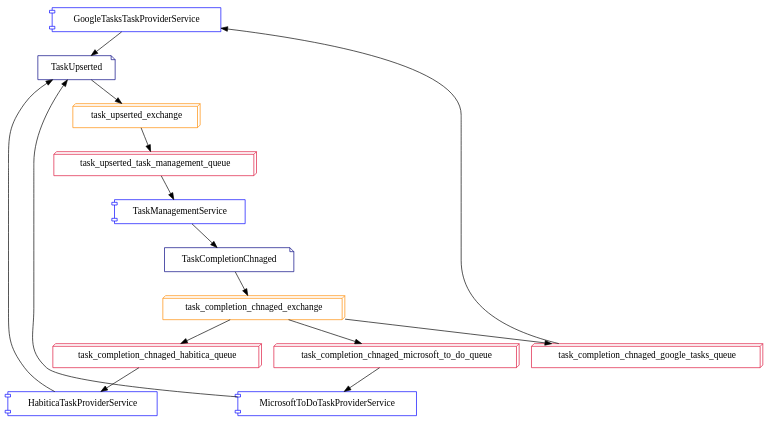
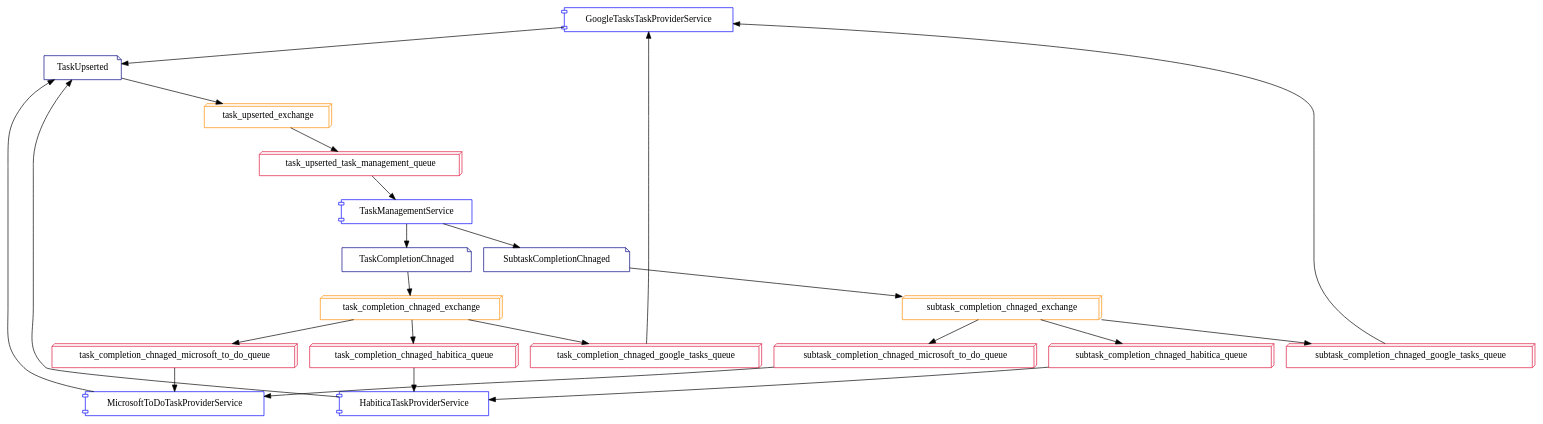
The diagram in flow.gv (lionize/Messaging), drawn with Graphviz before and after one commit.

```diff
--- a/flow.gv
+++ b/flow.gv
@@ -1,29 +1,48 @@
 digraph {
     GoogleTasksTaskProviderService [shape=component, color=blue]
     MicrosoftToDoTaskProviderService [shape=component, color=blue]
     HabiticaTaskProviderService [shape=component, color=blue]
     TaskManagementService [shape=component, color=blue]
+
     TaskUpserted [shape=note, color=navy]
     TaskCompletionChnaged [shape=note, color=navy]
+    SubtaskCompletionChnaged [shape=note, color=navy]
+
     task_upserted_exchange [shape=box3d, color=darkorange]
     task_completion_chnaged_exchange [shape=box3d, color=darkorange]
+    subtask_completion_chnaged_exchange [shape=box3d, color=darkorange]
+
     task_upserted_task_management_queue [shape=box3d, color=crimson]
     task_completion_chnaged_habitica_queue [shape=box3d, color=crimson]
     task_completion_chnaged_microsoft_to_do_queue [shape=box3d, color=crimson]
     task_completion_chnaged_google_tasks_queue [shape=box3d, color=crimson]
+    subtask_completion_chnaged_habitica_queue [shape=box3d, color=crimson]
+    subtask_completion_chnaged_microsoft_to_do_queue [shape=box3d, color=crimson]
+    subtask_completion_chnaged_google_tasks_queue [shape=box3d, color=crimson]
 
     GoogleTasksTaskProviderService -> TaskUpserted
     MicrosoftToDoTaskProviderService -> TaskUpserted
     HabiticaTaskProviderService -> TaskUpserted
+    TaskManagementService -> TaskCompletionChnaged
+    TaskManagementService -> SubtaskCompletionChnaged
+
     TaskUpserted -> task_upserted_exchange
+    TaskCompletionChnaged -> task_completion_chnaged_exchange
+    SubtaskCompletionChnaged -> subtask_completion_chnaged_exchange
+
     task_upserted_exchange -> task_upserted_task_management_queue
-    task_upserted_task_management_queue -> TaskManagementService
-    TaskManagementService -> TaskCompletionChnaged
-    TaskCompletionChnaged -> task_completion_chnaged_exchange
     task_completion_chnaged_exchange -> task_completion_chnaged_habitica_queue
     task_completion_chnaged_exchange -> task_completion_chnaged_microsoft_to_do_queue
     task_completion_chnaged_exchange -> task_completion_chnaged_google_tasks_queue
+    subtask_completion_chnaged_exchange -> subtask_completion_chnaged_habitica_queue
+    subtask_completion_chnaged_exchange -> subtask_completion_chnaged_microsoft_to_do_queue
+    subtask_completion_chnaged_exchange -> subtask_completion_chnaged_google_tasks_queue
+
+    task_upserted_task_management_queue -> TaskManagementService
     task_completion_chnaged_habitica_queue -> HabiticaTaskProviderService
     task_completion_chnaged_microsoft_to_do_queue -> MicrosoftToDoTaskProviderService
     task_completion_chnaged_google_tasks_queue -> GoogleTasksTaskProviderService
+    subtask_completion_chnaged_habitica_queue -> HabiticaTaskProviderService
+    subtask_completion_chnaged_microsoft_to_do_queue -> MicrosoftToDoTaskProviderService
+    subtask_completion_chnaged_google_tasks_queue -> GoogleTasksTaskProviderService
 }
```
